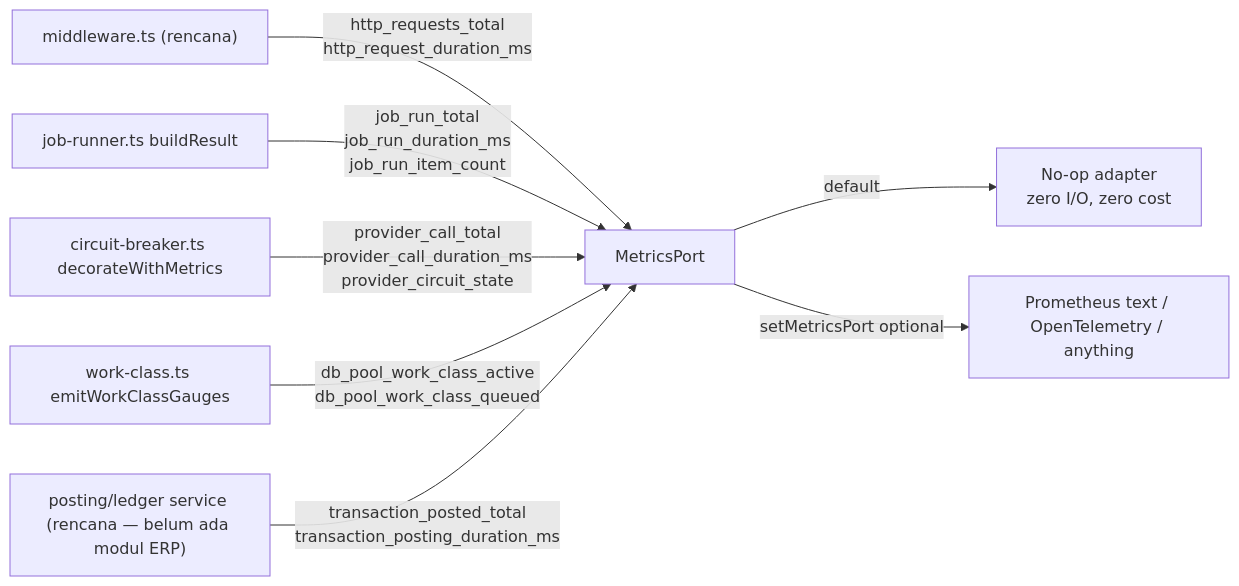
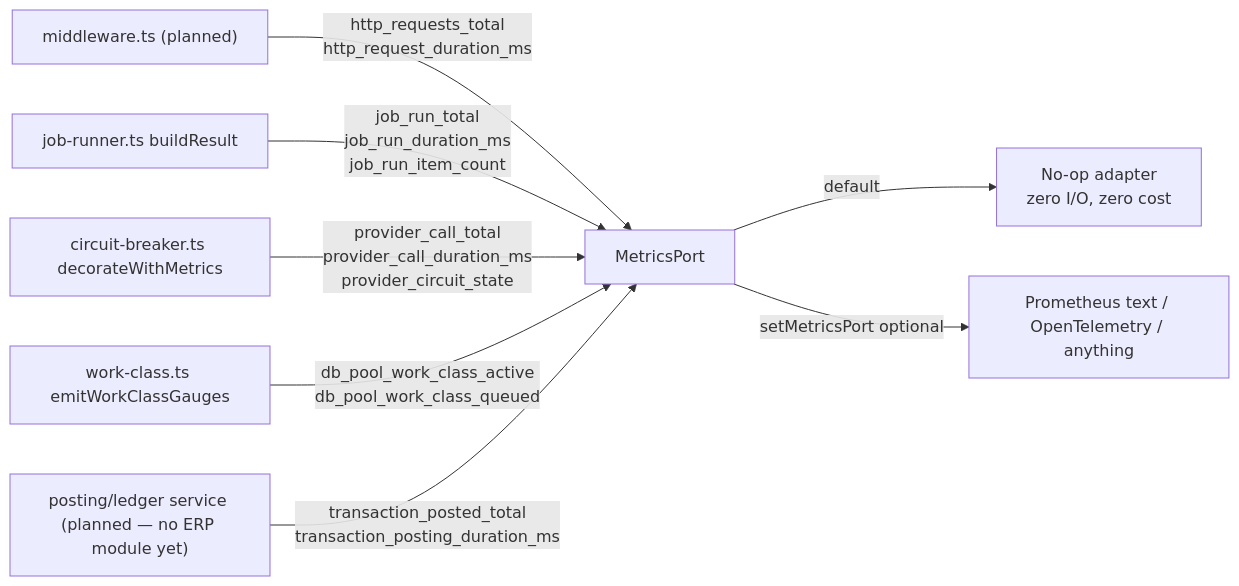
Before and after one commit to ahliweb/awcms: the diagram in docs/awcms/observability-metrics.md, drawn with Mermaid. The commit also changed other lines of this file and 603 other files, not shown here.

````diff
--- a/docs/awcms/observability-metrics.md
+++ b/docs/awcms/observability-metrics.md
@@ -11,10 +13,10 @@
 ```mermaid
 flowchart LR
-  MW["middleware.ts (rencana)"] -->|http_requests_total<br/>http_request_duration_ms| Port[MetricsPort]
+  MW["middleware.ts (planned)"] -->|http_requests_total<br/>http_request_duration_ms| Port[MetricsPort]
   JR[job-runner.ts buildResult] -->|job_run_total<br/>job_run_duration_ms<br/>job_run_item_count| Port
   CB[circuit-breaker.ts decorateWithMetrics] -->|provider_call_total<br/>provider_call_duration_ms<br/>provider_circuit_state| Port
   WC[work-class.ts emitWorkClassGauges] -->|db_pool_work_class_active<br/>db_pool_work_class_queued| Port
-  TX["posting/ledger service (rencana — belum ada modul ERP)"] -->|transaction_posted_total<br/>transaction_posting_duration_ms| Port
+  TX["posting/ledger service (planned — no ERP module yet)"] -->|transaction_posted_total<br/>transaction_posting_duration_ms| Port
   Port -->|default| Noop[No-op adapter<br/>zero I/O, zero cost]
   Port -->|setMetricsPort optional| Real[Prometheus text / OpenTelemetry / anything]
 ```
````
